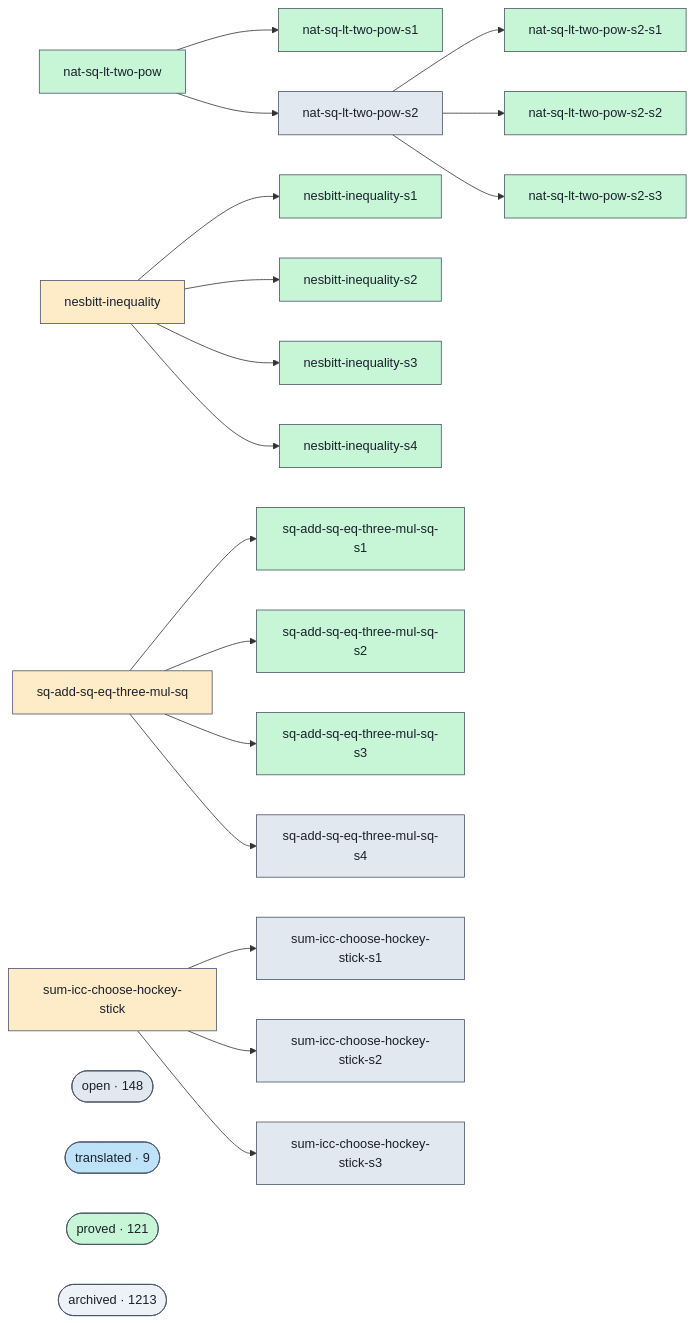
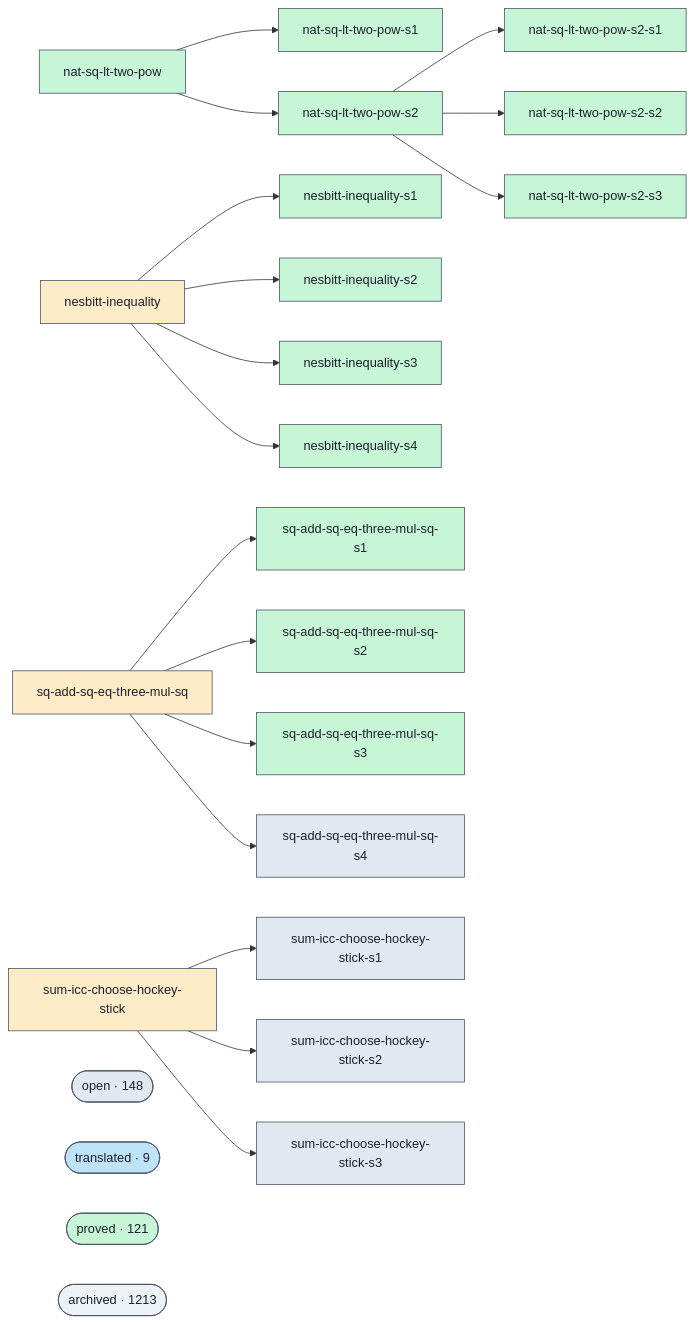
One commit to ohdearquant/unsorry changed the diagram in docs/proofs-contributors-visualisation.md. Above: the diagram before and after it, drawn with Mermaid. The commit also changed other lines of this file and 2 other files, not shown here.

```diff
--- a/docs/proofs-contributors-visualisation.md
+++ b/docs/proofs-contributors-visualisation.md
@@ -29,8 +29,8 @@
   class g_nat_sq_lt_two_pow_s1 proved;
   click g_nat_sq_lt_two_pow_s1 "https://github.com/agenticsnz/unsorry/blob/main/goals/nat-sq-lt-two-pow-s1.lean" "nat-sq-lt-two-pow-s1 — proved"
   g_nat_sq_lt_two_pow_s2["nat-sq-lt-two-pow-s2"]
-  class g_nat_sq_lt_two_pow_s2 open;
-  click g_nat_sq_lt_two_pow_s2 "https://github.com/agenticsnz/unsorry/blob/main/goals/nat-sq-lt-two-pow-s2.lean" "nat-sq-lt-two-pow-s2 — open"
+  class g_nat_sq_lt_two_pow_s2 proved;
+  click g_nat_sq_lt_two_pow_s2 "https://github.com/agenticsnz/unsorry/blob/main/goals/nat-sq-lt-two-pow-s2.lean" "nat-sq-lt-two-pow-s2 — proved"
   g_nat_sq_lt_two_pow_s2_s1["nat-sq-lt-two-pow-s2-s1"]
   class g_nat_sq_lt_two_pow_s2_s1 proved;
   click g_nat_sq_lt_two_pow_s2_s1 "https://github.com/agenticsnz/unsorry/blob/main/goals/nat-sq-lt-two-pow-s2-s1.lean" "nat-sq-lt-two-pow-s2-s1 — proved"
```
